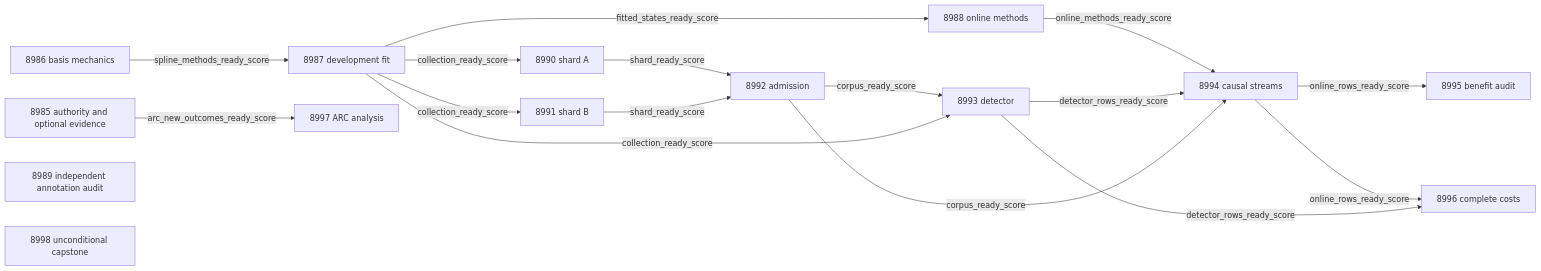
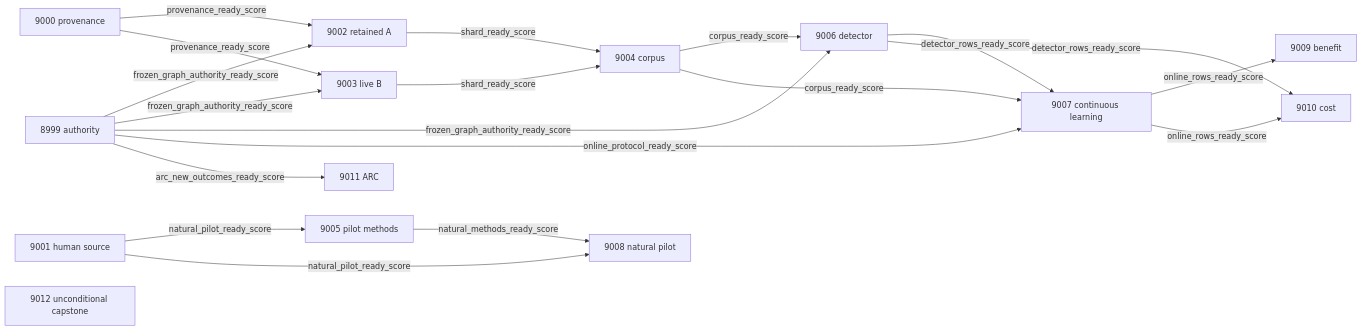
The second of 2 diagrams in openspec/change-proposals/research-roadmap-vNEXT.md (Carnot-EBM/carnot-ebm), drawn with Mermaid before and after one commit. The commit also changed other lines of this file and 19 other files, not shown here.

````diff
--- a/openspec/change-proposals/research-roadmap-vNEXT.md
+++ b/openspec/change-proposals/research-roadmap-vNEXT.md
@@ -272,20 +281,22 @@
 ```mermaid
 flowchart LR
-    E8986[8986 basis mechanics] -->|spline_methods_ready_score| E8987[8987 development fit]
-    E8987 -->|fitted_states_ready_score| E8988[8988 online methods]
-    E8987 -->|collection_ready_score| E8990[8990 shard A]
-    E8987 -->|collection_ready_score| E8991[8991 shard B]
-    E8990 -->|shard_ready_score| E8992[8992 admission]
-    E8991 -->|shard_ready_score| E8992
-    E8992 -->|corpus_ready_score| E8993[8993 detector]
-    E8987 -->|collection_ready_score| E8993
-    E8988 -->|online_methods_ready_score| E8994[8994 causal streams]
-    E8993 -->|detector_rows_ready_score| E8994
-    E8992 -->|corpus_ready_score| E8994
-    E8994 -->|online_rows_ready_score| E8995[8995 benefit audit]
-    E8994 -->|online_rows_ready_score| E8996[8996 complete costs]
-    E8993 -->|detector_rows_ready_score| E8996
-    E8985[8985 authority and optional evidence] -->|arc_new_outcomes_ready_score| E8997[8997 ARC analysis]
-    E8989[8989 independent annotation audit]
-    E8998[8998 unconditional capstone]
+    E8999[8999 authority] -->|frozen_graph_authority_ready_score| E9002[9002 retained A]
+    E8999 -->|frozen_graph_authority_ready_score| E9003[9003 live B]
+    E9000[9000 provenance] -->|provenance_ready_score| E9002
+    E9000 -->|provenance_ready_score| E9003
+    E9002 -->|shard_ready_score| E9004[9004 corpus]
+    E9003 -->|shard_ready_score| E9004
+    E9004 -->|corpus_ready_score| E9006[9006 detector]
+    E8999 -->|frozen_graph_authority_ready_score| E9006
+    E9004 -->|corpus_ready_score| E9007[9007 continuous learning]
+    E9006 -->|detector_rows_ready_score| E9007
+    E8999 -->|online_protocol_ready_score| E9007
+    E9007 -->|online_rows_ready_score| E9009[9009 benefit]
+    E9007 -->|online_rows_ready_score| E9010[9010 cost]
+    E9006 -->|detector_rows_ready_score| E9010
+    E9001[9001 human source] -->|natural_pilot_ready_score| E9005[9005 pilot methods]
+    E9001 -->|natural_pilot_ready_score| E9008[9008 natural pilot]
+    E9005 -->|natural_methods_ready_score| E9008
+    E8999 -->|arc_new_outcomes_ready_score| E9011[9011 ARC]
+    E9012[9012 unconditional capstone]
 ```
````
